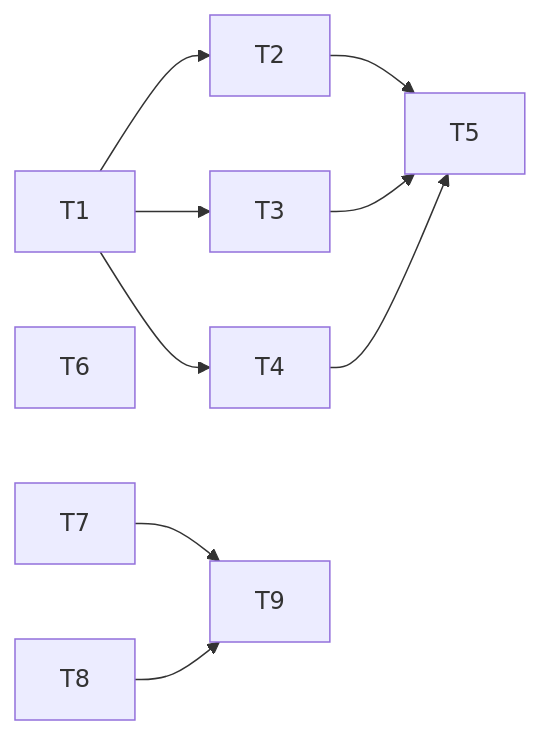
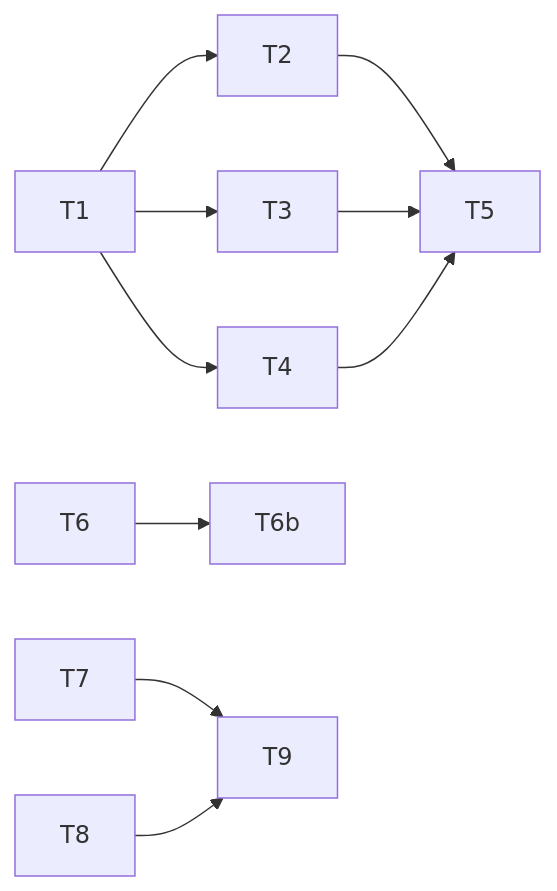
The second of 2 diagrams in docs/plans/2026-11-04-issue-comments-polyfill.md (tehas-app/tehas-polyfill), drawn with Mermaid before and after one commit. The commit also changed other lines of this file and 1 other file, not shown here.

````diff
--- a/docs/plans/2026-11-04-issue-comments-polyfill.md
+++ b/docs/plans/2026-11-04-issue-comments-polyfill.md
@@ -25,21 +25,23 @@
 ```mermaid
 flowchart LR
   T1
   T2
   T3
   T4
   T5
   T6
+  T6b
   T7
   T8
   T9
   %% taskgraph
   T1 --> T2
   T1 --> T3
   T1 --> T4
   T2 --> T5
   T3 --> T5
   T4 --> T5
+  T6 --> T6b
   T7 --> T9
   T8 --> T9
 ```
````
